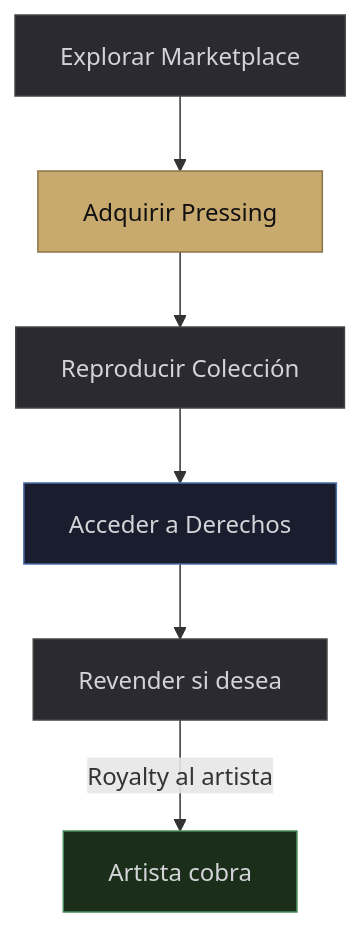
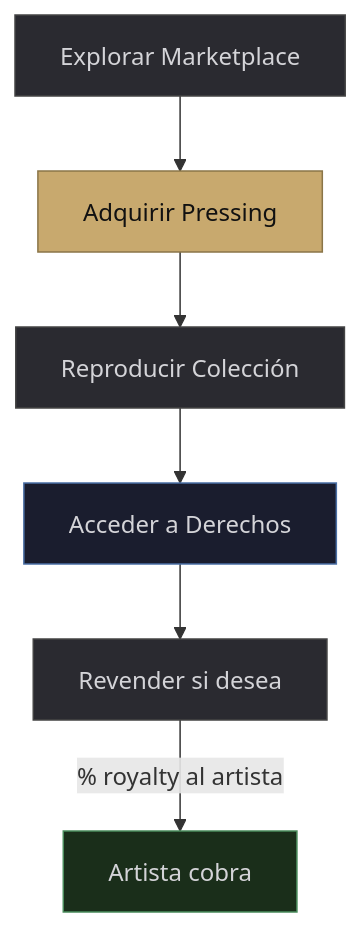
Before and after one commit to groovesart/grooves-docs: the fourth of 5 diagrams in la-solucion.md, drawn with Mermaid. The commit also changed other lines of this file, not shown here.

````diff
--- a/la-solucion.md
+++ b/la-solucion.md
@@ -130,14 +131,14 @@
 ```mermaid
 graph TB
     A[Explorar Marketplace] --> B[Adquirir Pressing]
     B --> C[Reproducir Colección]
     C --> D[Acceder a Derechos]
     D --> E[Revender si desea]
-    E -->|Royalty al artista| F[Artista cobra]
+    E -->|% royalty al artista| F[Artista cobra]
     style A fill:#2a2a30,color:#d4d4d8,stroke:#444
     style B fill:#C8A96E,color:#111,stroke:#8a7548
     style C fill:#2a2a30,color:#d4d4d8,stroke:#444
     style D fill:#1a1d2e,color:#d4d4d8,stroke:#4a6fa5
     style E fill:#2a2a30,color:#d4d4d8,stroke:#444
     style F fill:#1a2e1a,color:#d4d4d8,stroke:#4a8c5c
 ```
````
